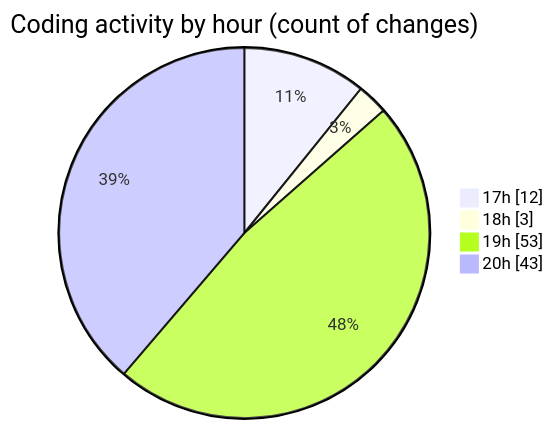
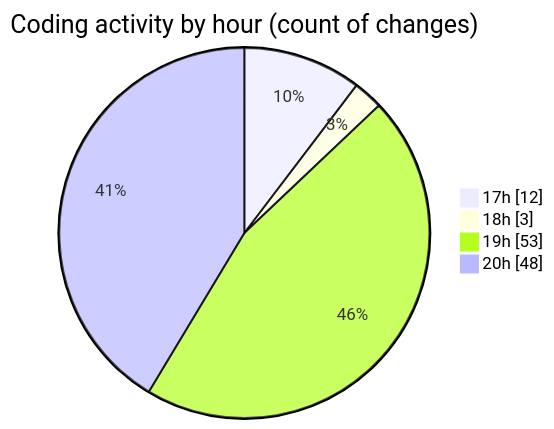
The second of 2 diagrams in 2025-06-19/scopecraft/README.md (Ritupan-Deka/code-tracking), drawn with Mermaid before and after one commit. The commit also changed other lines of this file and 1 other file, not shown here.

````diff
--- a/2025-06-19/scopecraft/README.md
+++ b/2025-06-19/scopecraft/README.md
@@ -46,8 +46,8 @@
 ```mermaid
 pie showData
 title Coding activity by hour (count of changes)
 "17h" : 12
 "18h" : 3
 "19h" : 53
-"20h" : 43
+"20h" : 48
 ```
````
